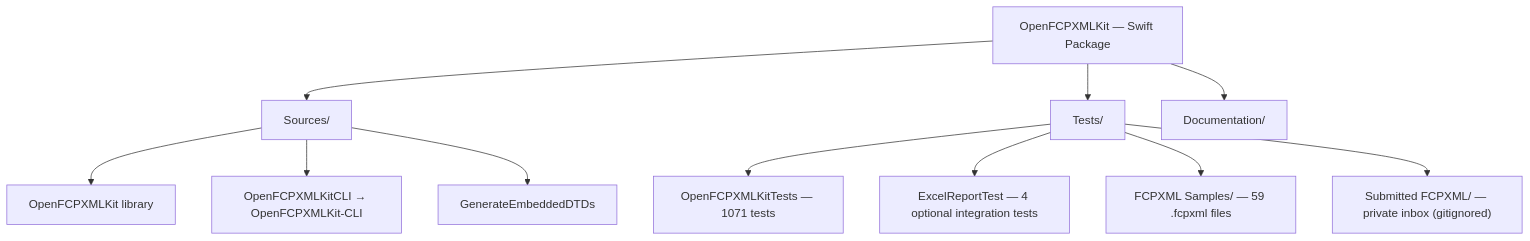
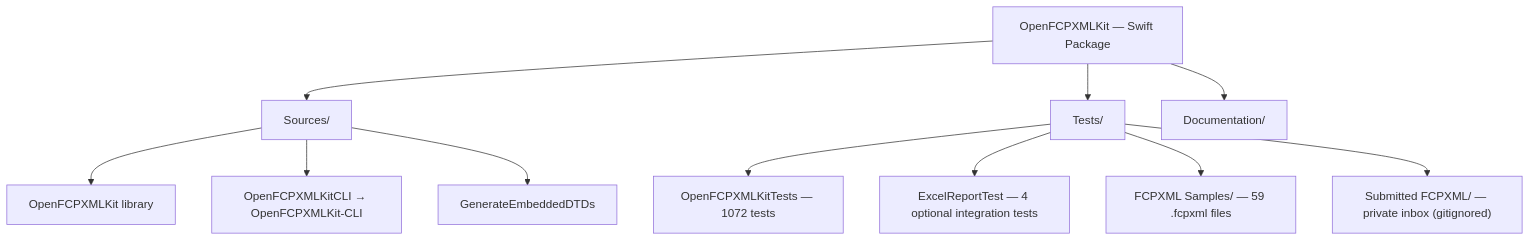
One commit to TheAcharya/OpenFCPXMLKit changed the first of 4 diagrams in ARCHITECTURE.md. Above: the diagram before and after it, drawn with Mermaid. The commit also changed other lines of this file and 8 other files, not shown here.

````diff
--- a/ARCHITECTURE.md
+++ b/ARCHITECTURE.md
@@ -164,17 +169,17 @@
 ```mermaid
 flowchart TB
     Pkg["OpenFCPXMLKit — Swift Package"]
 
     Pkg --> SRC["Sources/"]
     Pkg --> TST["Tests/"]
     Pkg --> DOC["Documentation/"]
 
     SRC --> LIB["OpenFCPXMLKit library"]
     SRC --> CLI["OpenFCPXMLKitCLI → OpenFCPXMLKit-CLI"]
     SRC --> GEN["GenerateEmbeddedDTDs"]
 
-    TST --> OKT["OpenFCPXMLKitTests — 1071 tests"]
+    TST --> OKT["OpenFCPXMLKitTests — 1072 tests"]
     TST --> ERT["ExcelReportTest — 4 optional integration tests"]
     TST --> SMP["FCPXML Samples/ — 59 .fcpxml files"]
     TST --> SUB["Submitted FCPXML/ — private inbox (gitignored)"]
 ```
````
